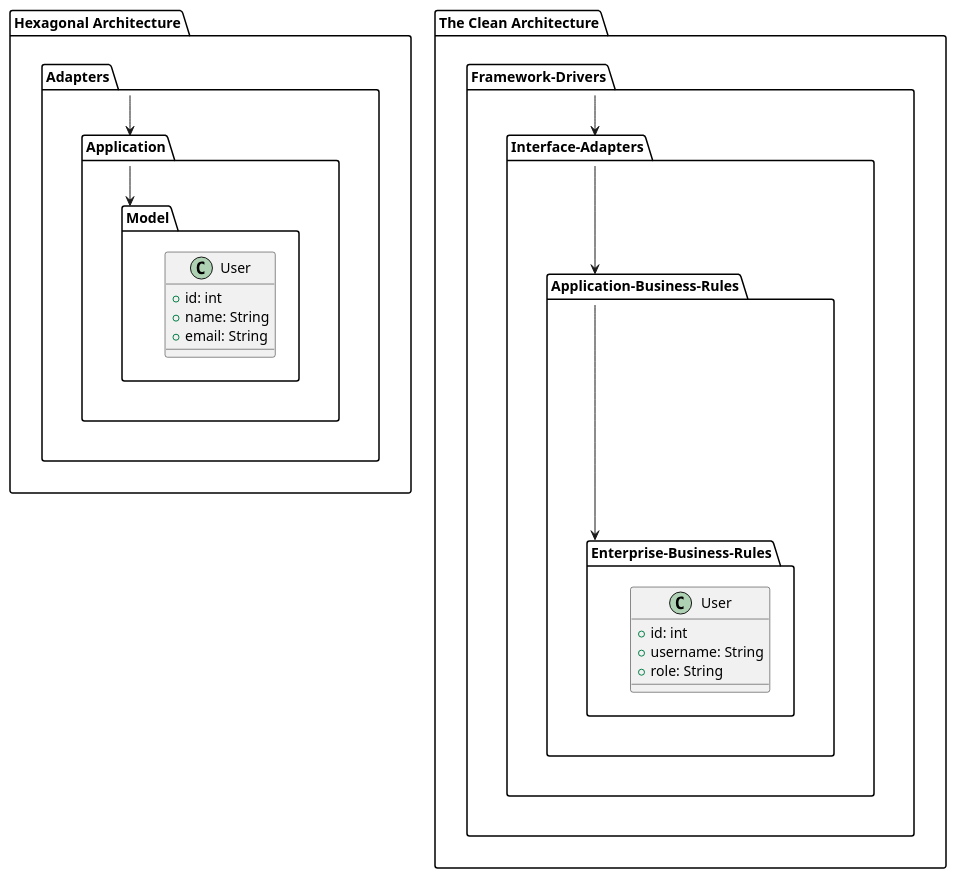
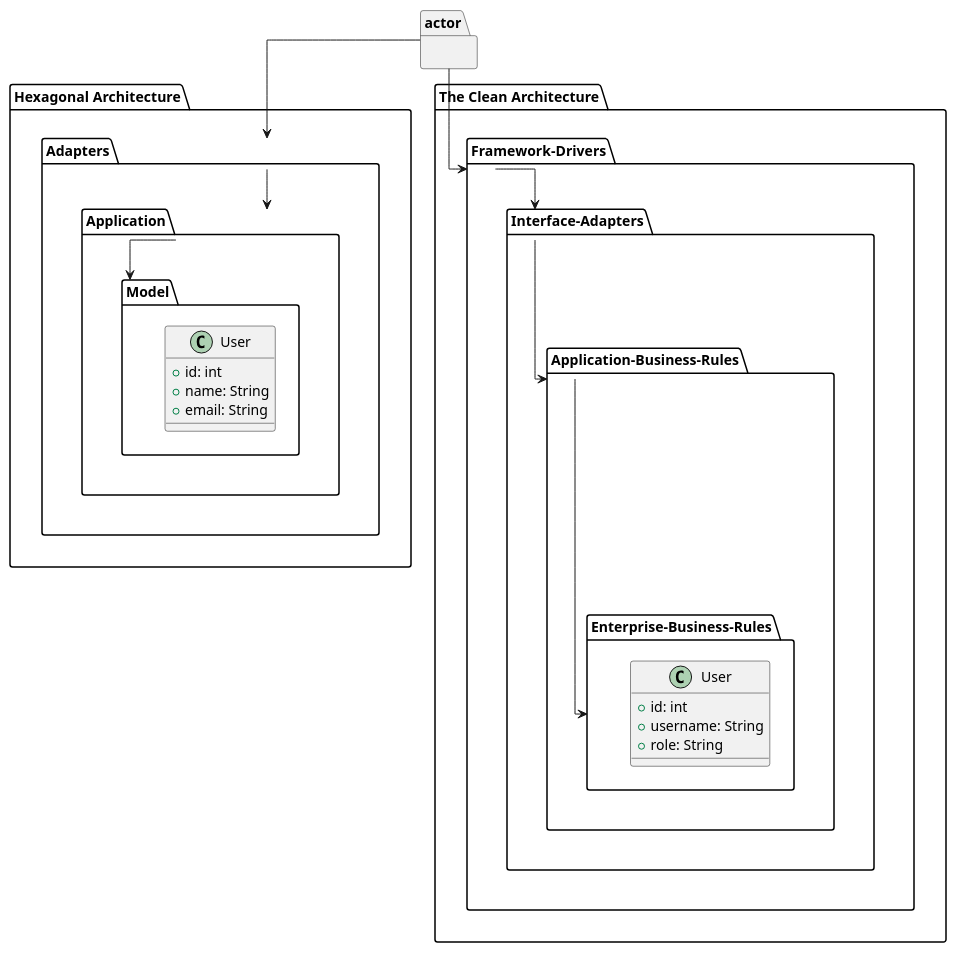
One commit to punkratz312/clean-architecture changed the diagram in uml.plantuml. Above: the diagram before and after it, drawn with PlantUML.

```diff
--- a/uml.plantuml
+++ b/uml.plantuml
@@ -1,40 +1,44 @@
 @startuml
 skinparam linetype ortho
+package actor as actor {
+}
 
 package "Hexagonal Architecture" as hexa {
     package "Adapters" as adapters {
         package "Application" as application {
             package "Model" as model {
                 class User {
                     +id: int
                     +name: String
                     +email: String
                 }
             }
         }
     }
 }
 
 package "The Clean Architecture" as ca {
-    package "Framework-Drivers" as fa {
+    package "Framework-Drivers" as fd {
         package "Interface-Adapters" as ia {
             package "Application-Business-Rules" as apprules {
                 package "Enterprise-Business-Rules" as ebr {
                     class User {
                         +id: int
                         +username: String
                         +role: String
                     }
                 }
             }
         }
     }
 }
 
+actor --> adapters
+actor --> fd
 adapters --> application
 application --> model
 
-fa --> ia
+fd --> ia
 ia --> apprules
 apprules --> ebr
 @enduml
```
